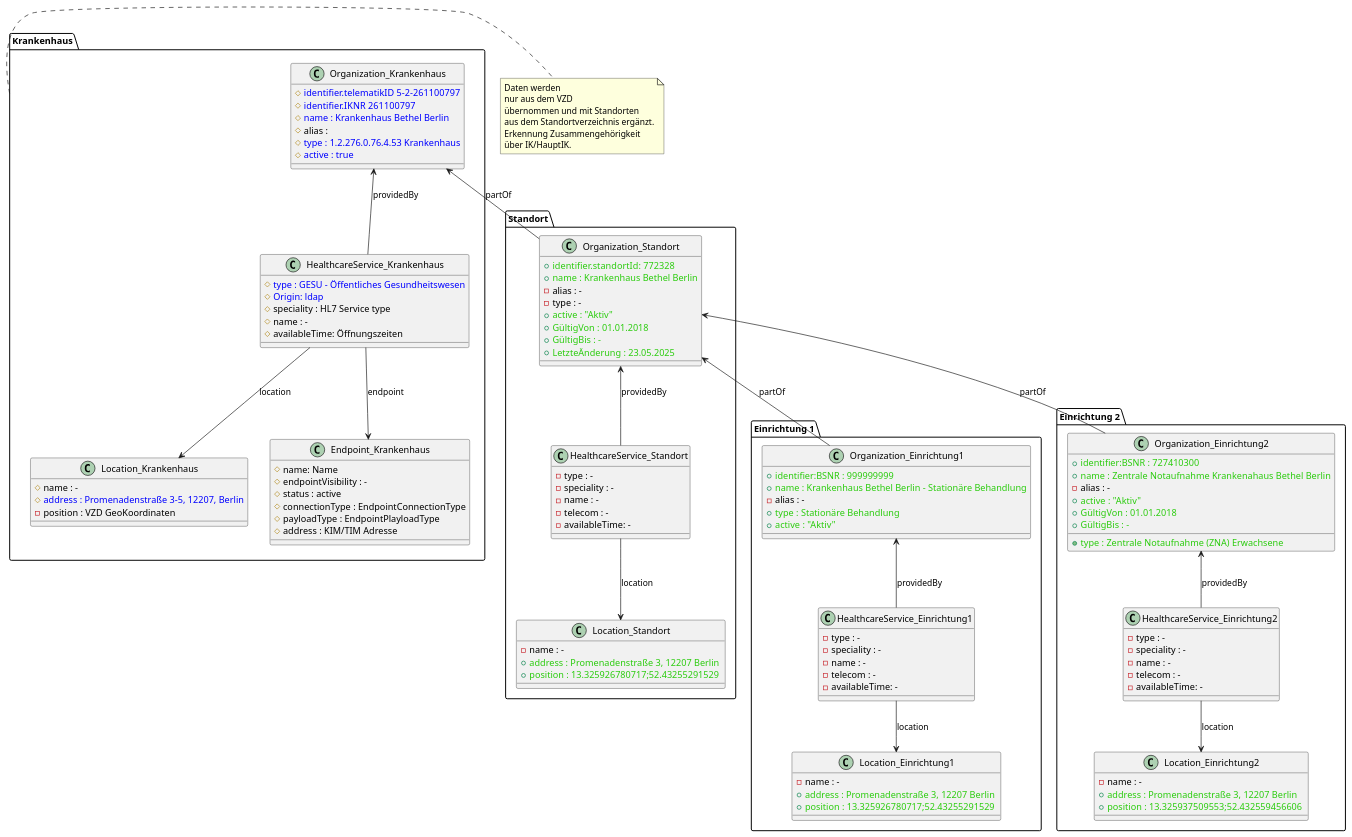
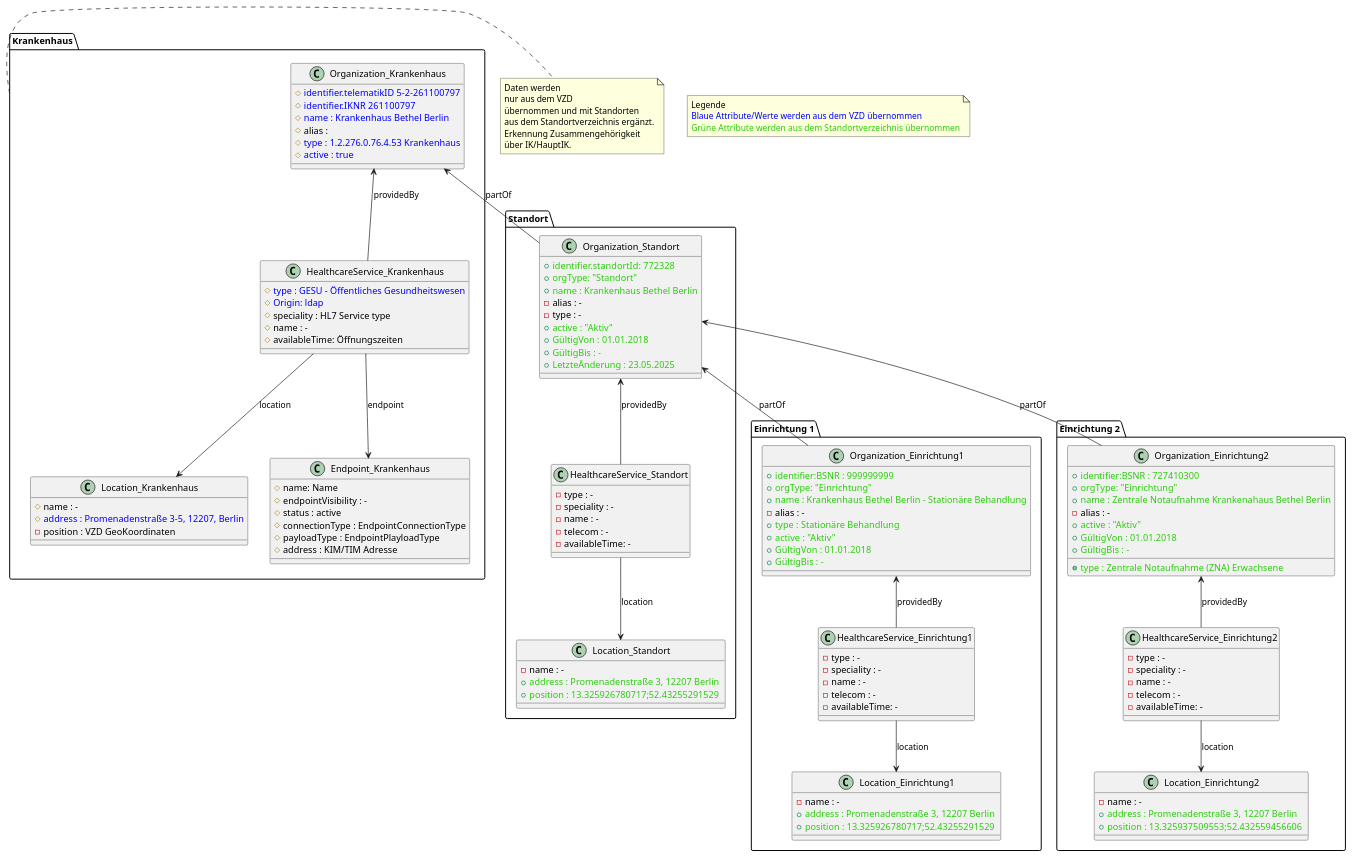
One commit to gematik/api-vzd changed the diagram in src/plantuml/OrgStruct/Standortverzeichnis_Beispiel_Krankenhaus_Bethel_Berlin.puml. Above: the diagram before and after it, drawn with PlantUML.

```diff
--- a/src/plantuml/OrgStruct/Standortverzeichnis_Beispiel_Krankenhaus_Bethel_Berlin.puml
+++ b/src/plantuml/OrgStruct/Standortverzeichnis_Beispiel_Krankenhaus_Bethel_Berlin.puml
@@ -1,167 +1,174 @@
 @startuml
 
 package "Krankenhaus" {
   
 class Organization_Krankenhaus {
 #<color:#0000FF>identifier.telematikID 5-2-261100797</color> 
 #<color:#0000FF>identifier.IKNR 261100797</color>
 #<color:#0000FF>name : Krankenhaus Bethel Berlin </color>
 #alias : 
 #<color:#0000FF>type : 1.2.276.0.76.4.53 Krankenhaus</color>
 #<color:#0000FF>active : true</color>
 }
 
 
 
 class HealthcareService_Krankenhaus {
 #<color:#0000FF>type : GESU - Öffentliches Gesundheitswesen</color>
 #<color:#0000FF>Origin: ldap</color>
 #speciality : HL7 Service type
 #name : -
 #availableTime: Öffnungszeiten
 }
 
 Organization_Krankenhaus <-- HealthcareService_Krankenhaus : providedBy
 HealthcareService_Krankenhaus --> Location_Krankenhaus : location
 HealthcareService_Krankenhaus --> Endpoint_Krankenhaus : endpoint
 
 
 class Location_Krankenhaus {
 #name : -
 #<color:#0000FF>address : Promenadenstraße 3-5, 12207, Berlin</color>
 -position : VZD GeoKoordinaten
 }
 
 
 class Endpoint_Krankenhaus {
 #name: Name
 #endpointVisibility : -
 #status : active
 #connectionType : EndpointConnectionType
 #payloadType : EndpointPlayloadType
 #address : KIM/TIM Adresse
 }
 
 }
 
 note right of Krankenhaus 
    Daten werden
    nur aus dem VZD
    übernommen und mit Standorten 
    aus dem Standortverzeichnis ergänzt.
    Erkennung Zusammengehörigkeit
    über IK/HauptIK.
 end note   
 
+note "Legende\n<color:#0000FF>Blaue Attribute/Werte werden aus dem VZD übernommen</color>\n<color:#2bcc0e>Grüne Attribute werden aus dem Standortverzeichnis übernommen</color>" as N1
+
 package "Standort" {
 
 class Organization_Standort {
 +<color:#2bcc0e>identifier.standortId: 772328</color>
++<color:#2bcc0e>orgType: "Standort"</color>
 +<color:#2bcc0e>name : Krankenhaus Bethel Berlin</color>
 -alias : -
 -type : -
 +<color:#2bcc0e>active : "Aktiv"</color>
 +<color:#2bcc0e>GültigVon : 01.01.2018</color>
 +<color:#2bcc0e>GültigBis : -</color>
 +<color:#2bcc0e>LetzteÄnderung : 23.05.2025</color>
 }
 
 
 Organization_Krankenhaus <-- Organization_Standort : "partOf"
 HealthcareService_Krankenhaus -[hidden]right-> Organization_Standort
 
 class HealthcareService_Standort {
 -type : -
 -speciality : -
 -name : -
 -telecom : -
 -availableTime: -
 }
 
 HealthcareService_Standort --> Location_Standort : location
 Organization_Standort <-- HealthcareService_Standort : providedBy
 
 
 
 class Location_Standort {
 -name : -
 +<color:#2bcc0e>address : Promenadenstraße 3, 12207 Berlin</color>
 +<color:#2bcc0e>position : 13.325926780717;52.43255291529 </color>
 }
 
 
 }
 
 package "Einrichtung 1" {
 
 class Organization_Einrichtung1 {
 +<color:#2bcc0e>identifier:BSNR : 999999999</color>
++<color:#2bcc0e>orgType: "Einrichtung"</color>
 +<color:#2bcc0e>name : Krankenhaus Bethel Berlin - Stationäre Behandlung</color>
 -alias : -
 +<color:#2bcc0e>type : Stationäre Behandlung</color>
 +<color:#2bcc0e>active : "Aktiv"</color>
++<color:#2bcc0e>GültigVon : 01.01.2018</color>
++<color:#2bcc0e>GültigBis : -</color>
 }
 
 
 Organization_Standort <-- Organization_Einrichtung1 : "partOf"
 
 class HealthcareService_Einrichtung1 {
 -type : -
 -speciality : -
 -name : -
 -telecom : -
 -availableTime: -
 }
 
 HealthcareService_Einrichtung1 --> Location_Einrichtung1 : location
 Organization_Einrichtung1 <-- HealthcareService_Einrichtung1 : providedBy
 
 
 
 class Location_Einrichtung1 {
 -name : -
 +<color:#2bcc0e>address : Promenadenstraße 3, 12207 Berlin</color>
 +<color:#2bcc0e>position : 13.325926780717;52.43255291529 </color>
 }
 
 
 }
 
 package "Einrichtung 2" {
 
 class Organization_Einrichtung2 {
 +<color:#2bcc0e>identifier:BSNR : 727410300</color>
++<color:#2bcc0e>orgType: "Einrichtung"</color>
 +<color:#2bcc0e>name : Zentrale Notaufnahme Krankenahaus Bethel Berlin</color>
 -alias : -
 +<color:#2bcc0e>type : Zentrale Notaufnahme (ZNA) Erwachsene</color>
 +<color:#2bcc0e>active : "Aktiv"</color>
 +<color:#2bcc0e>GültigVon : 01.01.2018</color>
 +<color:#2bcc0e>GültigBis : -</color>
 }
 
 
 Organization_Standort <-- Organization_Einrichtung2 : "partOf"
 
 class HealthcareService_Einrichtung2 {
 -type : -
 -speciality : -
 -name : -
 -telecom : -
 -availableTime: -
 }
 
 HealthcareService_Einrichtung2 --> Location_Einrichtung2 : location
 Organization_Einrichtung2 <-- HealthcareService_Einrichtung2 : providedBy
 
 
 
 class Location_Einrichtung2 {
 -name : -
 +<color:#2bcc0e>address : Promenadenstraße 3, 12207 Berlin</color>
 +<color:#2bcc0e>position : 13.325937509553;52.432559456606 </color>
 }
 
 
 }
 
 @enduml
```
